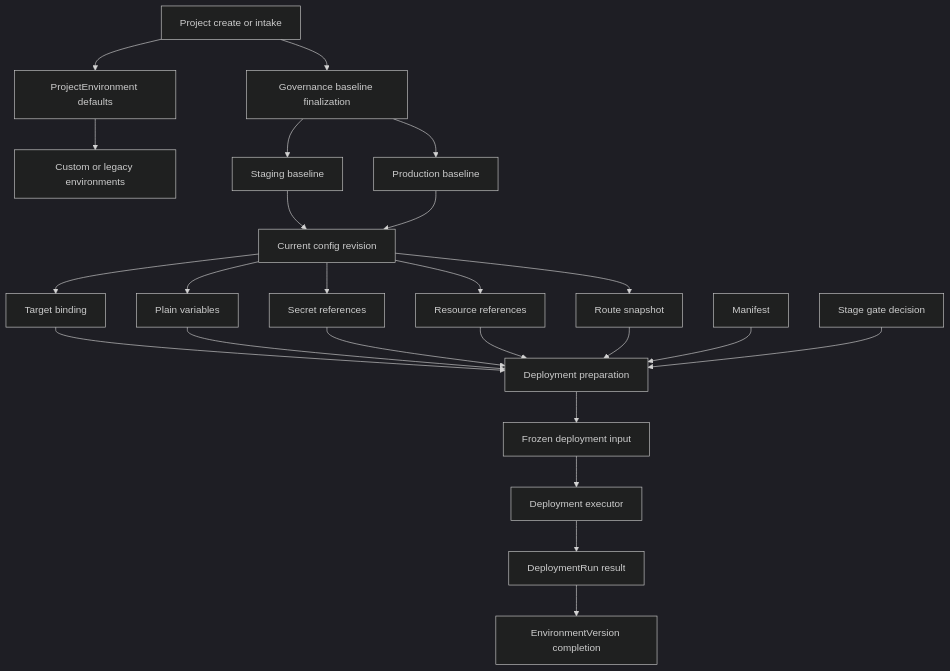
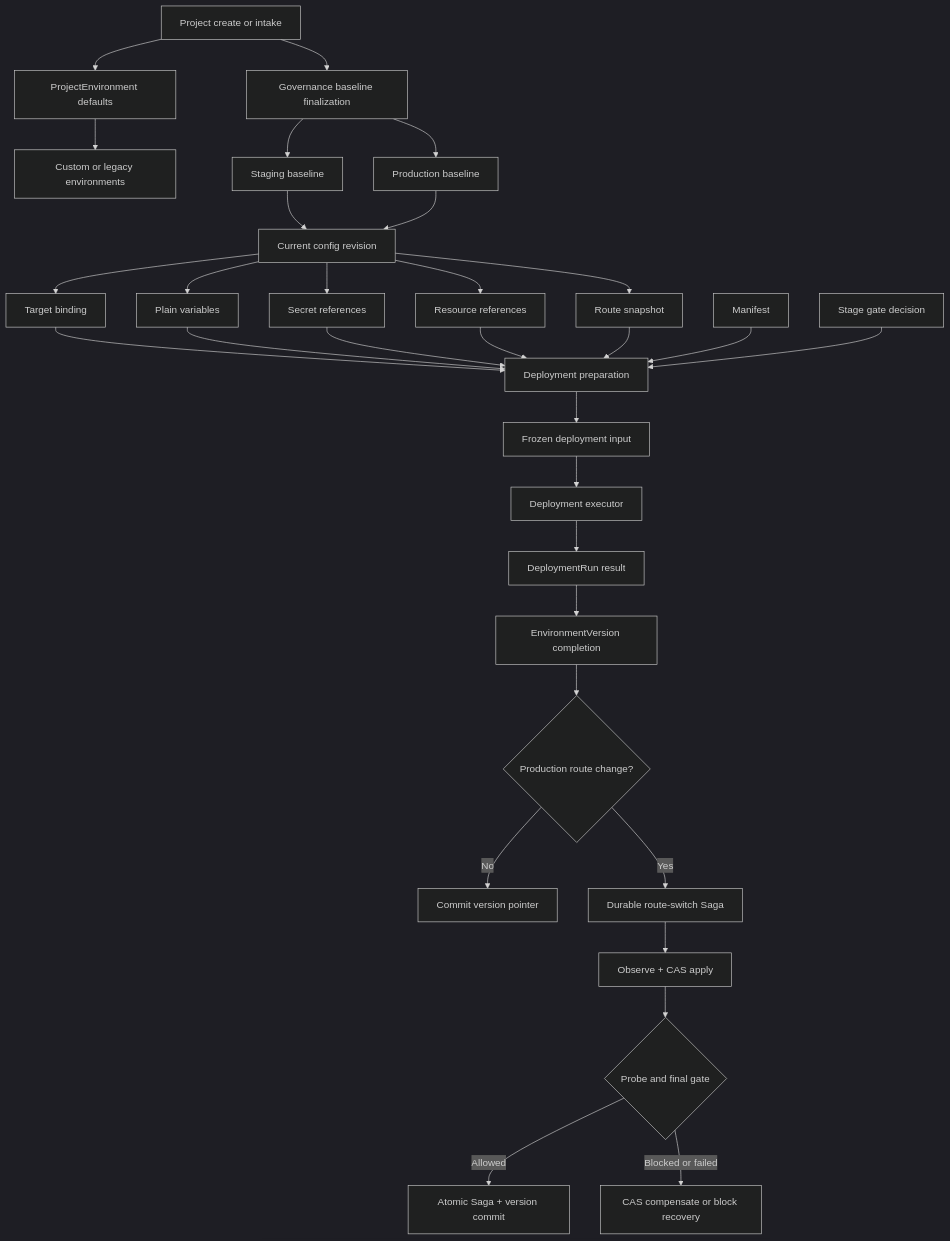
One commit to 751848178/svton changed the first of 5 diagrams in docs-internal/devpilot/release-environment-governance-architecture.md. Above: the diagram before and after it, drawn with Mermaid (dark theme). The commit also changed other lines of this file and 150 other files, not shown here.

````diff
--- a/docs-internal/devpilot/release-environment-governance-architecture.md
+++ b/docs-internal/devpilot/release-environment-governance-architecture.md
@@ -21,26 +21,33 @@
 ```mermaid
 flowchart TD
   A["Project create or intake"] --> B["ProjectEnvironment defaults"]
   A --> C["Governance baseline finalization"]
   B --> D["Custom or legacy environments"]
   C --> E["Staging baseline"]
   C --> F["Production baseline"]
   E --> G["Current config revision"]
   F --> G
   G --> H["Target binding"]
   G --> I["Plain variables"]
   G --> J["Secret references"]
   G --> K["Resource references"]
   G --> L["Route snapshot"]
   H --> M["Deployment preparation"]
   I --> M
   J --> M
   K --> M
   L --> M
   N["Manifest"] --> M
   O["Stage gate decision"] --> M
   M --> P["Frozen deployment input"]
   P --> Q["Deployment executor"]
   Q --> R["DeploymentRun result"]
   R --> S["EnvironmentVersion completion"]
+  S --> T{"Production route change?"}
+  T -- "No" --> U["Commit version pointer"]
+  T -- "Yes" --> V["Durable route-switch Saga"]
+  V --> W["Observe + CAS apply"]
+  W --> X{"Probe and final gate"}
+  X -- "Allowed" --> Y["Atomic Saga + version commit"]
+  X -- "Blocked or failed" --> Z["CAS compensate or block recovery"]
 ```
````
